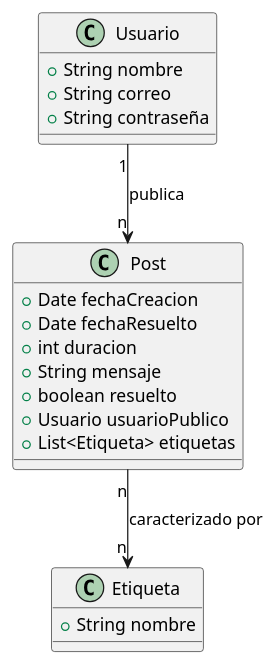
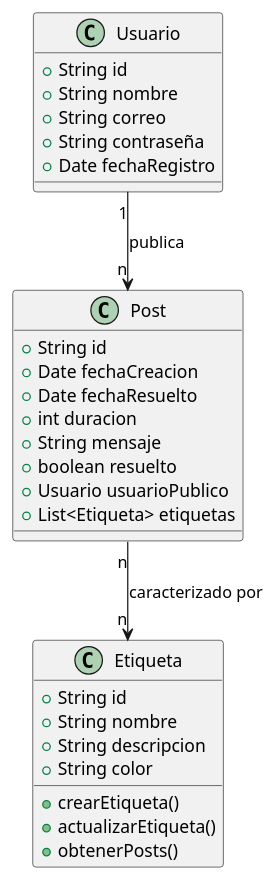
Before and after one commit to mmasias/24-25-IdSw1-SDR: the diagram in modelosUML/Diagrama_clases.puml, drawn with PlantUML.

```diff
--- a/modelosUML/Diagrama_clases.puml
+++ b/modelosUML/Diagrama_clases.puml
@@ -1,21 +1,30 @@
 @startuml
 class Usuario {
+    +String id
     +String nombre
     +String correo
     +String contraseña
+    +Date fechaRegistro
 }
 class Post {
+    +String id
     +Date fechaCreacion
     +Date fechaResuelto
     +int duracion
     +String mensaje
     +boolean resuelto
     +Usuario usuarioPublico
     +List<Etiqueta> etiquetas
 }
 class Etiqueta {
-    +String nombre
+        +String id
+        +String nombre
+        +String descripcion
+        +String color
+        +crearEtiqueta()
+        +actualizarEtiqueta()
+        +obtenerPosts()
 }
 Usuario "1" --> "n" Post : "publica"
 Post "n" --> "n" Etiqueta : "caracterizado por"
 @enduml
```
